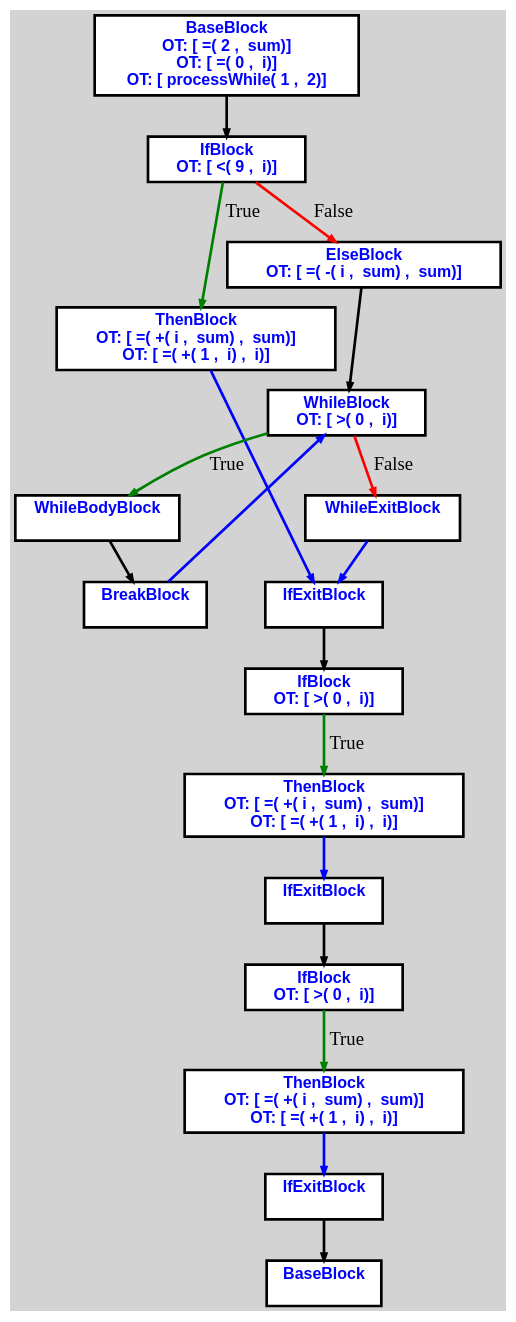
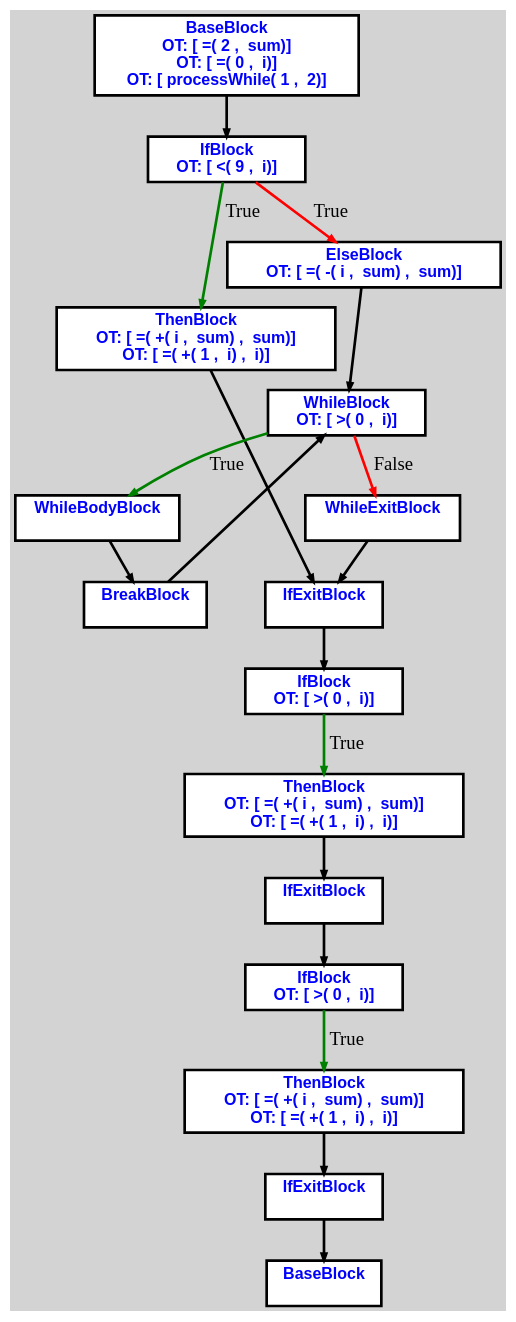
One commit to aveen007/CountingMonkeys changed the diagram in cpoCompilerWin/input2.txt.processArray.dot. Above: the diagram before and after it, drawn with Graphviz. The commit also changed 21 other files, not shown here.

```diff
--- a/cpoCompilerWin/input2.txt.processArray.dot
+++ b/cpoCompilerWin/input2.txt.processArray.dot
@@ -1,54 +1,54 @@
 digraph G {
 ordering=out;
 ranksep=.4;
 bgcolor="lightgrey";  node [shape=box, fixedsize=false, fontsize=12, fontname="Helvetica-bold", fontcolor="blue"
 width=.25, height=.25, color="black", fillcolor="white", style="filled, solid, bold"];
 
-edge [arrowsize=.5, color="black", style="bold"]    n000011DD6232D310 [label="BaseBlock\n OT: [ =( 2 ,  sum)]
+edge [arrowsize=.5, color="black", style="bold"]    n00001222C27A5A80 [label="BaseBlock\n OT: [ =( 2 ,  sum)]
 OT: [ =( 0 ,  i)]
 OT: [ processWhile( 1 ,  2)]
 "]
-    n000011DD6232D410 [label="IfBlock\n OT: [ <( 9 ,  i)]
+    n00001222C27A5AE0 [label="IfBlock\n OT: [ <( 9 ,  i)]
 "]
-    n000011DD6232D310 -> n000011DD6232D410
-    n000011DD6232D410 -> n000011DD6232D450 [label="True" color="green"]
-    n000011DD6232D450 [label="ThenBlock\n OT: [ =( +( i ,  sum) ,  sum)]
+    n00001222C27A5A80 -> n00001222C27A5AE0
+    n00001222C27A5AE0 -> n00001222C27A5B40 [label="True" color="green"]
+    n00001222C27A5B40 [label="ThenBlock\n OT: [ =( +( i ,  sum) ,  sum)]
 OT: [ =( +( 1 ,  i) ,  i)]
 "]
-    n000011DD6232D410 -> n000011DD6232D490 [label="False" color="red"]
-    n000011DD6232D490 [label="ElseBlock\n OT: [ =( -( i ,  sum) ,  sum)]
+    n00001222C27A5D80 [label="IfExitBlock\n "]
+    n00001222C27A5B40 -> n00001222C27A5D80
+    n00001222C27A5DE0 [label="IfBlock\n OT: [ >( 0 ,  i)]
 "]
-    n000011DD6232D4D0 [label="WhileBlock\n OT: [ >( 0 ,  i)]
-"]
-    n000011DD6232D490 -> n000011DD6232D4D0
-	   n000011DD6232D4D0 -> n000011DD6232D510 [ label = "True" color="green"]
-    n000011DD6232D510 [label="WhileBodyBlock\n "]
-    n000011DD6232D550 [label="BreakBlock\n "]
-    n000011DD6232D510 -> n000011DD6232D550
-    n000011DD6232D550 -> n000011DD6232D4D0 [ color="blue"]
-	   n000011DD6232D4D0 -> n000011DD6232D690 [ label = "False" color="red"]
-    n000011DD6232D690 [label="WhileExitBlock\n "]
-    n000011DD6232D690 -> n000011DD6232D6D0 [color="blue"]
-    n000011DD6232D450 -> n000011DD6232D6D0 [ color="blue"]
-    n000011DD6232D6D0 [label="IfExitBlock\n "]
-    n000011DD6232D710 [label="IfBlock\n OT: [ >( 0 ,  i)]
-"]
-    n000011DD6232D6D0 -> n000011DD6232D710
-    n000011DD6232D710 -> n000011DD6232D750 [label="True" color="green"]
-    n000011DD6232D750 [label="ThenBlock\n OT: [ =( +( i ,  sum) ,  sum)]
+    n00001222C27A5D80 -> n00001222C27A5DE0
+    n00001222C27A5DE0 -> n00001222C27A5E40 [label="True" color="green"]
+    n00001222C27A5E40 [label="ThenBlock\n OT: [ =( +( i ,  sum) ,  sum)]
 OT: [ =( +( 1 ,  i) ,  i)]
 "]
-    n000011DD6232D750 -> n000011DD6232D790 [ color="blue"]
-    n000011DD6232D790 [label="IfExitBlock\n "]
-    n000011DD6232D7D0 [label="IfBlock\n OT: [ >( 0 ,  i)]
+    n00001222C27A5EA0 [label="IfExitBlock\n "]
+    n00001222C27A5E40 -> n00001222C27A5EA0
+    n00001222C27A5F00 [label="IfBlock\n OT: [ >( 0 ,  i)]
 "]
-    n000011DD6232D790 -> n000011DD6232D7D0
-    n000011DD6232D7D0 -> n000011DD6232D810 [label="True" color="green"]
-    n000011DD6232D810 [label="ThenBlock\n OT: [ =( +( i ,  sum) ,  sum)]
+    n00001222C27A5EA0 -> n00001222C27A5F00
+    n00001222C27A5F00 -> n00001222C27A5F60 [label="True" color="green"]
+    n00001222C27A5F60 [label="ThenBlock\n OT: [ =( +( i ,  sum) ,  sum)]
 OT: [ =( +( 1 ,  i) ,  i)]
 "]
-    n000011DD6232D810 -> n000011DD6232D850 [ color="blue"]
-    n000011DD6232D850 [label="IfExitBlock\n "]
-    n000011DD6232D890 [label="BaseBlock\n "]
-    n000011DD6232D850 -> n000011DD6232D890
+    n00001222C27A5FC0 [label="IfExitBlock\n "]
+    n00001222C27A5F60 -> n00001222C27A5FC0
+    n00001222C27A6020 [label="BaseBlock\n "]
+    n00001222C27A5FC0 -> n00001222C27A6020
+    n00001222C27A5AE0 -> n00001222C27A5BA0 [label="True" color="red"]
+    n00001222C27A5BA0 [label="ElseBlock\n OT: [ =( -( i ,  sum) ,  sum)]
+"]
+    n00001222C27A5C00 [label="WhileBlock\n OT: [ >( 0 ,  i)]
+"]
+    n00001222C27A5BA0 -> n00001222C27A5C00
+	   n00001222C27A5C00 -> n00001222C27A5C60 [ label = "True" color="green"]
+    n00001222C27A5C60 [label="WhileBodyBlock\n "]
+    n00001222C27A5D20 [label="BreakBlock\n "]
+    n00001222C27A5C60 -> n00001222C27A5D20
+    n00001222C27A5D20 -> n00001222C27A5C00
+	   n00001222C27A5C00 -> n00001222C27A5CC0 [ label = "False" color="red"]
+    n00001222C27A5CC0 [label="WhileExitBlock\n "]
+    n00001222C27A5CC0 -> n00001222C27A5D80
 }
```
